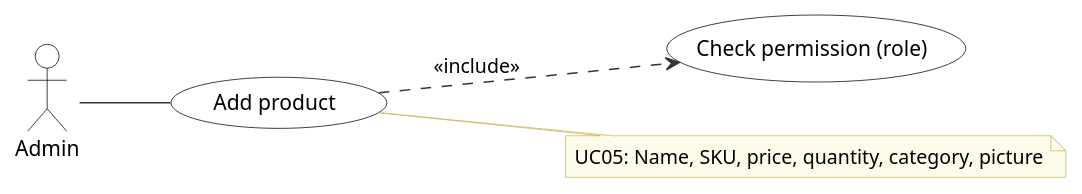
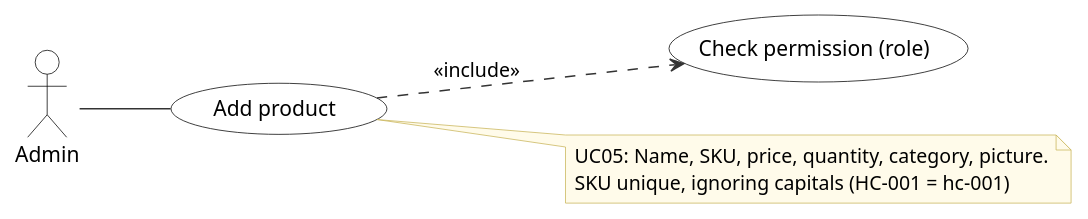
Before and after one commit to JmlAsync/inventory-pos-system: the diagram in diagrams/uml/14_UC05_add_product.puml, drawn with PlantUML. The commit also changed 79 other files, not shown here.

First line of the commit message:
Docs: diagrams redrawn for v0.20.4

```diff
--- a/diagrams/uml/14_UC05_add_product.puml
+++ b/diagrams/uml/14_UC05_add_product.puml
@@ -1,51 +1,52 @@
 @startuml
-' Use case UC05 Add product - Inventory & POS System v0.18.2 (report, Lecture 5)
+' Use case UC05 Add product - Inventory & POS System v0.20.4 (report, Lecture 5; redrawn 2026-10-12)
 ' Edit: paste into draw.io (Arrange > Insert > Advanced > PlantUML) or planttext.com
 skinparam defaultFontName Arial
 skinparam shadowing false
 skinparam ArrowColor #333333
 skinparam rectangle {
   BackgroundColor White
   BorderColor Black
 }
 skinparam usecase {
   BackgroundColor White
   BorderColor Black
 }
 skinparam class {
   BackgroundColor White
   BorderColor Black
   HeaderBackgroundColor #E6F1EE
 }
 skinparam activity {
   BackgroundColor White
   BorderColor Black
 }
 skinparam state {
   BackgroundColor White
   BorderColor Black
 }
 skinparam sequence {
   ParticipantBackgroundColor White
   ParticipantBorderColor Black
   LifeLineBorderColor #888888
   ActorBorderColor Black
   ActorBackgroundColor White
 }
 skinparam note {
   BackgroundColor #FFFBEA
   BorderColor #C9B458
 }
 skinparam swimlaneWidth same
 hide circle
 
 left to right direction
 actor "Admin" as Admin
 usecase "Add product" as U
 usecase "Check permission (role)" as I0
 U ..> I0 : <<include>>
 Admin -- U
 note right of U
-  UC05: Name, SKU, price, quantity, category, picture
+  UC05: Name, SKU, price, quantity, category, picture.
+  SKU unique, ignoring capitals (HC-001 = hc-001)
 end note
 @enduml
```
